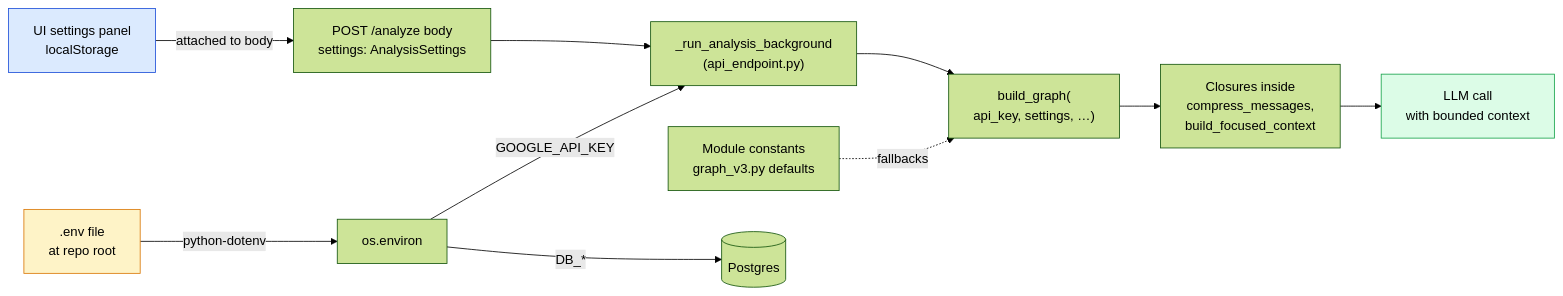
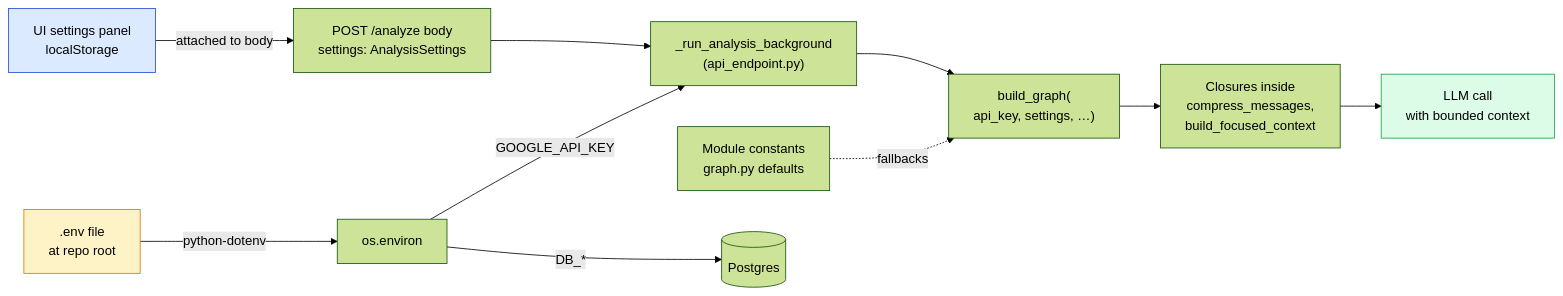
Before and after one commit to Patchino76/ok_dashboard: the diagram in python/agentic/docs/py_md/15_configuration.md, drawn with Mermaid (forest theme). The commit also changed other lines of this file and 24 other files, not shown here.

````diff
--- a/python/agentic/docs/py_md/15_configuration.md
+++ b/python/agentic/docs/py_md/15_configuration.md
@@ -14,23 +14,23 @@
 ```mermaid
 flowchart LR
     ENV[".env file<br/>at repo root"]
     OS[os.environ]
-    DEF[Module constants<br/>graph_v3.py defaults]
+    DEF[Module constants<br/>graph.py defaults]
     UI[UI settings panel<br/>localStorage]
     REQ[POST /analyze body<br/>settings: AnalysisSettings]
     BG["_run_analysis_background<br/>(api_endpoint.py)"]
     BUILD["build_graph(<br/>api_key, settings, …)"]
     CLOSE[Closures inside<br/>compress_messages,<br/>build_focused_context]
     LLM[LLM call<br/>with bounded context]
 
     ENV -->|python-dotenv| OS
     OS -->|GOOGLE_API_KEY| BG
     OS -->|DB_*| DB[(Postgres)]
     DEF -.fallbacks.-> BUILD
     UI -->|attached to body| REQ --> BG
     BG --> BUILD --> CLOSE --> LLM
 
     style ENV fill:#fef3c7,stroke:#d97706
     style UI fill:#dbeafe,stroke:#1d4ed8
     style LLM fill:#dcfce7,stroke:#16a34a
 ```
````
